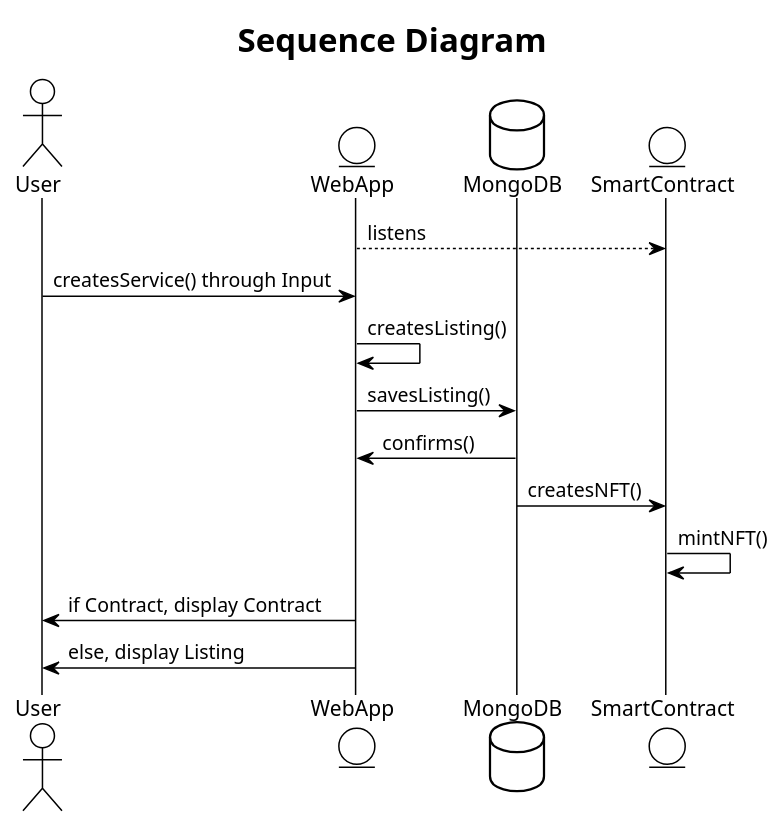
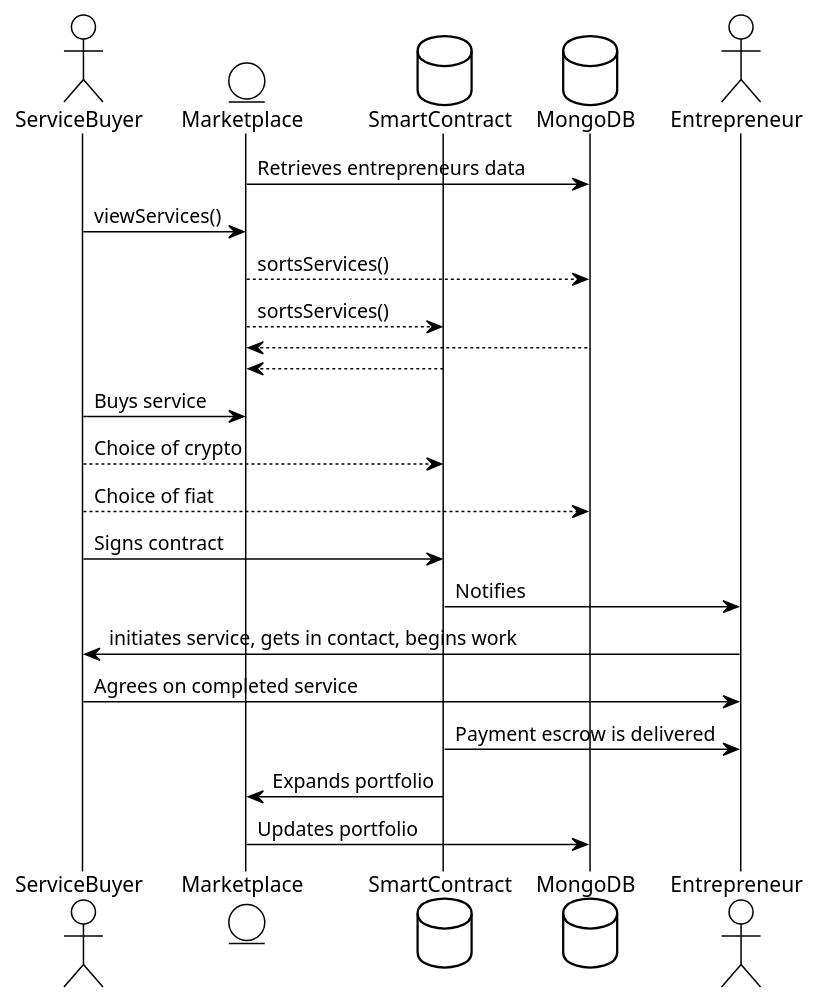
The third of 4 diagrams in README.md (5eh/Degen-Hack), drawn with PlantUML before and after one commit. The commit also changed other lines of this file and 1 other file, not shown here.

````diff
--- a/README.md
+++ b/README.md
@@ -73,18 +105,29 @@
 ```plantuml
 !theme plain
-title Sequence Diagram
-actor User
-entity WebApp
+actor ServiceBuyer
+entity Marketplace
+database SmartContract
 database MongoDB
-entity SmartContract
+actor Entrepreneur
 
-WebApp --> SmartContract: listens
-User -> WebApp: createsService() through Input
-WebApp -> WebApp: createsListing()
-WebApp -> MongoDB: savesListing()
-MongoDB -> WebApp: confirms()
-MongoDB -> SmartContract: createsNFT()
-SmartContract -> SmartContract: mintNFT()
-WebApp -> User: if Contract, display Contract
-WebApp -> User: else, display Listing
+Marketplace -> MongoDB: Retrieves entrepreneurs data
+ServiceBuyer -> Marketplace: viewServices()
+Marketplace --> MongoDB: sortsServices()
+Marketplace --> SmartContract: sortsServices()
+MongoDB --> Marketplace 
+SmartContract --> Marketplace
+ServiceBuyer -> Marketplace: Buys service
+ServiceBuyer --> SmartContract: Choice of crypto
+ServiceBuyer --> MongoDB: Choice of fiat
+ServiceBuyer -> SmartContract: Signs contract
+SmartContract -> Entrepreneur: Notifies
+Entrepreneur -> ServiceBuyer: initiates service, gets in contact, begins work
+ServiceBuyer -> Entrepreneur: Agrees on completed service
+
+SmartContract -> Entrepreneur: Payment escrow is delivered
+SmartContract -> Marketplace: Expands portfolio
+Marketplace -> MongoDB: Updates portfolio
+
+
+
 ```
````
